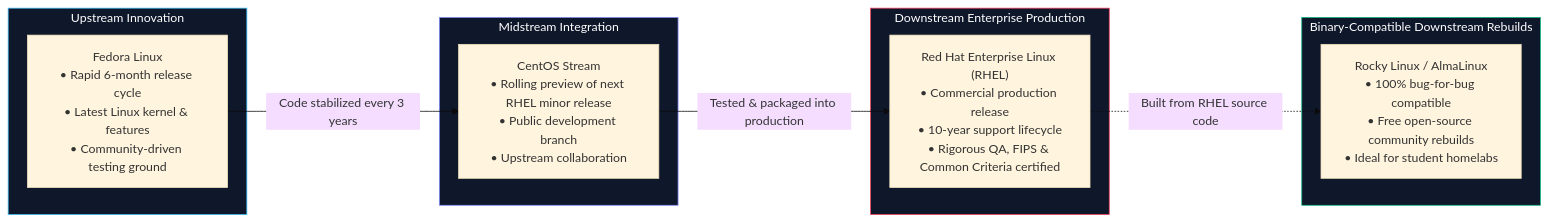
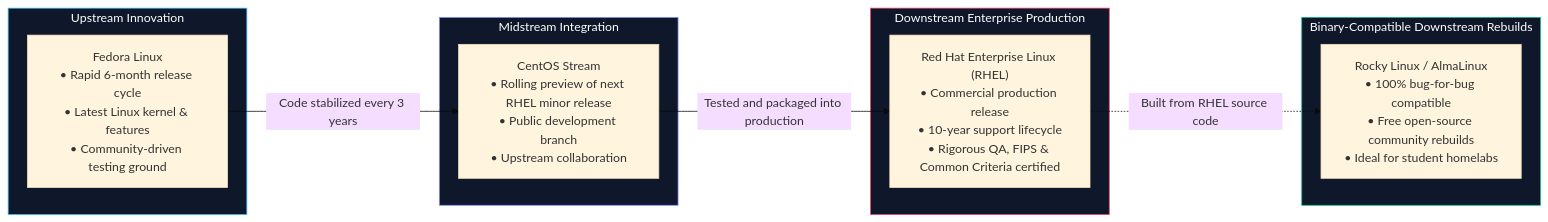
Before and after one commit to Kashif-Mashi/Blue-Team-Handbook: the second of 3 diagrams in System-and-Network-Administrator/03-Linux-Fundamentals/01-Introduction-to-RHEL.md, drawn with Mermaid (base theme). The commit also changed other lines of this file and 13 other files, not shown here.

Commit message:
Verification & Fixes: Mermaid Diagrams Across the Repository

````diff
--- a/System-and-Network-Administrator/03-Linux-Fundamentals/01-Introduction-to-RHEL.md
+++ b/System-and-Network-Administrator/03-Linux-Fundamentals/01-Introduction-to-RHEL.md
@@ -77,27 +77,27 @@
 ```mermaid
 flowchart LR
     subgraph Upstream["Upstream Innovation"]
         FEDORA["Fedora Linux<br/>• Rapid 6-month release cycle<br/>• Latest Linux kernel & features<br/>• Community-driven testing ground"]
     end
 
     subgraph Midstream["Midstream Integration"]
         STREAM["CentOS Stream<br/>• Rolling preview of next RHEL minor release<br/>• Public development branch<br/>• Upstream collaboration"]
     end
 
     subgraph Enterprise["Downstream Enterprise Production"]
         RHEL["Red Hat Enterprise Linux (RHEL)<br/>• Commercial production release<br/>• 10-year support lifecycle<br/>• Rigorous QA, FIPS & Common Criteria certified"]
     end
 
     subgraph Rebuilds["Binary-Compatible Downstream Rebuilds"]
         ROCKY["Rocky Linux / AlmaLinux<br/>• 100% bug-for-bug compatible<br/>• Free open-source community rebuilds<br/>• Ideal for student homelabs"]
     end
 
-    FEDORA -->|Code stabilized every 3 years| STREAM
-    STREAM -->|Tested & packaged into production| RHEL
-    RHEL -.->|Built from RHEL source code| ROCKY
+    FEDORA -->|"Code stabilized every 3 years"| STREAM
+    STREAM -->|"Tested and packaged into production"| RHEL
+    RHEL -.->|"Built from RHEL source code"| ROCKY
 
     style Upstream fill:#0f172a,stroke:#38bdf8,color:#fff
     style Midstream fill:#0f172a,stroke:#818cf8,color:#fff
     style Enterprise fill:#0f172a,stroke:#f43f5e,color:#fff
     style Rebuilds fill:#0f172a,stroke:#10b981,color:#fff
 ```
````
